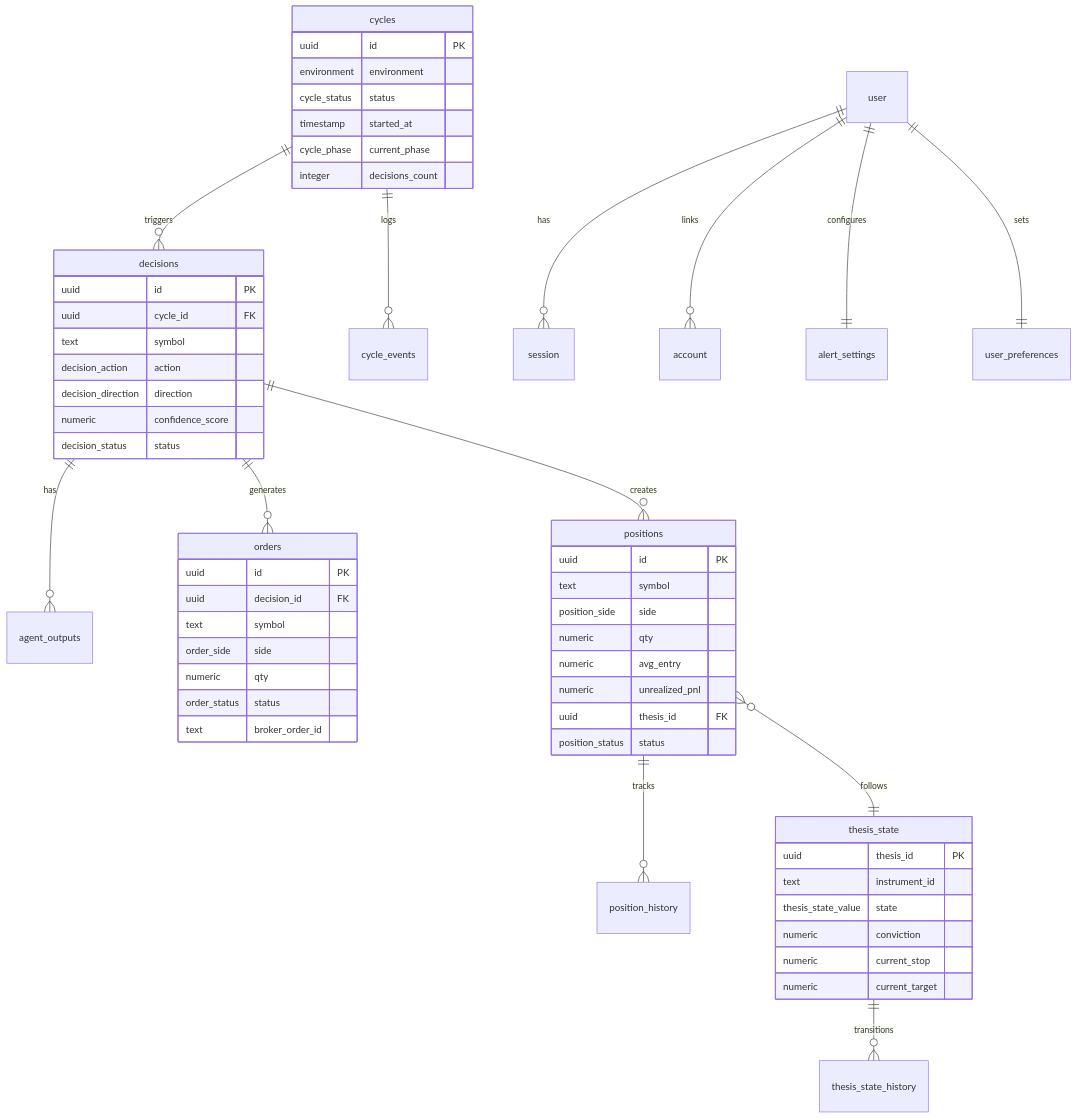
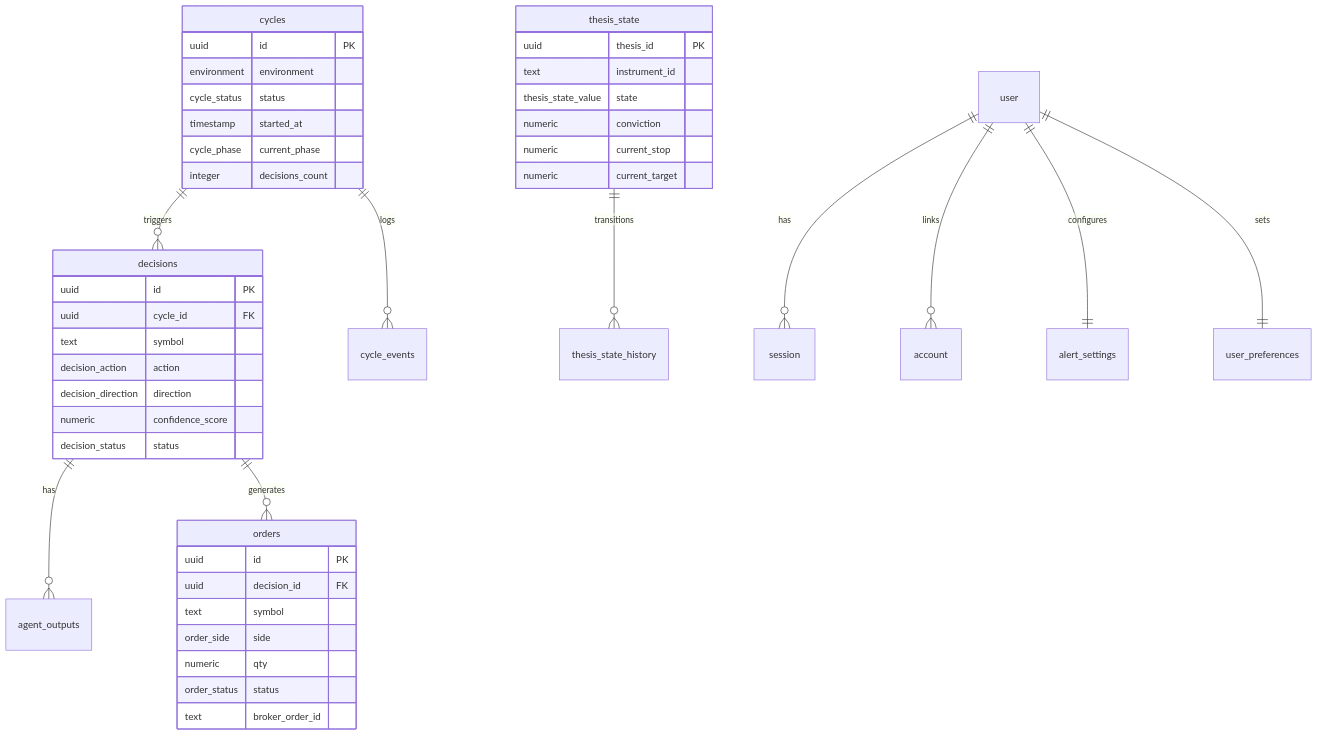
One commit to ccheney/cream changed the second of 5 diagrams in packages/storage/README.md. Above: the diagram before and after it, drawn with Mermaid. The commit also changed other lines of this file and 6 other files, not shown here.

````diff
--- a/packages/storage/README.md
+++ b/packages/storage/README.md
@@ -51,65 +51,51 @@
 ```mermaid
 erDiagram
     cycles ||--o{ decisions : triggers
     cycles ||--o{ cycle_events : logs
     decisions ||--o{ agent_outputs : has
     decisions ||--o{ orders : generates
-    decisions ||--o{ positions : creates
-    positions ||--o{ position_history : tracks
-    positions }o--|| thesis_state : follows
     thesis_state ||--o{ thesis_state_history : transitions
 
     user ||--o{ session : has
     user ||--o{ account : links
     user ||--|| alert_settings : configures
     user ||--|| user_preferences : sets
 
     cycles {
         uuid id PK
         environment environment
         cycle_status status
         timestamp started_at
         cycle_phase current_phase
         integer decisions_count
     }
 
     decisions {
         uuid id PK
         uuid cycle_id FK
         text symbol
         decision_action action
         decision_direction direction
         numeric confidence_score
         decision_status status
     }
 
     orders {
         uuid id PK
         uuid decision_id FK
         text symbol
         order_side side
         numeric qty
         order_status status
         text broker_order_id
     }
 
-    positions {
-        uuid id PK
-        text symbol
-        position_side side
-        numeric qty
-        numeric avg_entry
-        numeric unrealized_pnl
-        uuid thesis_id FK
-        position_status status
-    }
-
     thesis_state {
         uuid thesis_id PK
         text instrument_id
         thesis_state_value state
         numeric conviction
         numeric current_stop
         numeric current_target
     }
 ```
````
